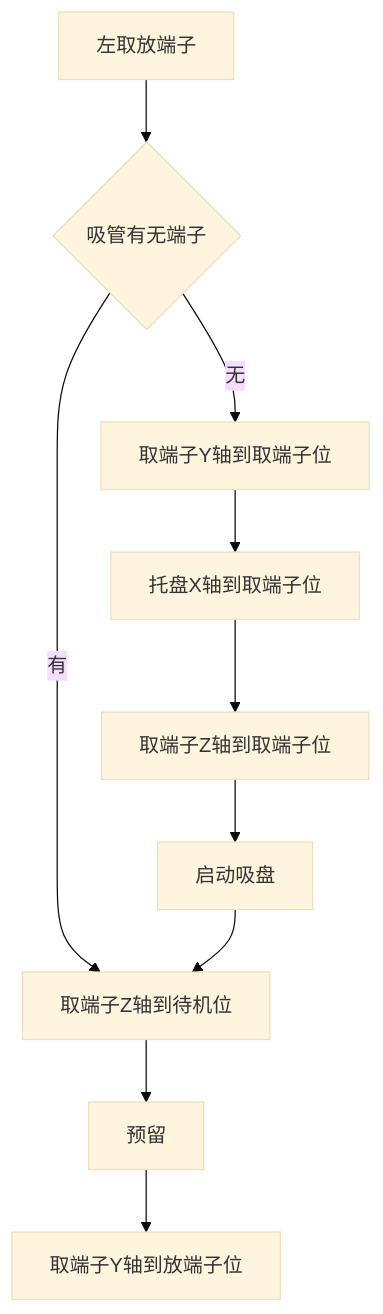
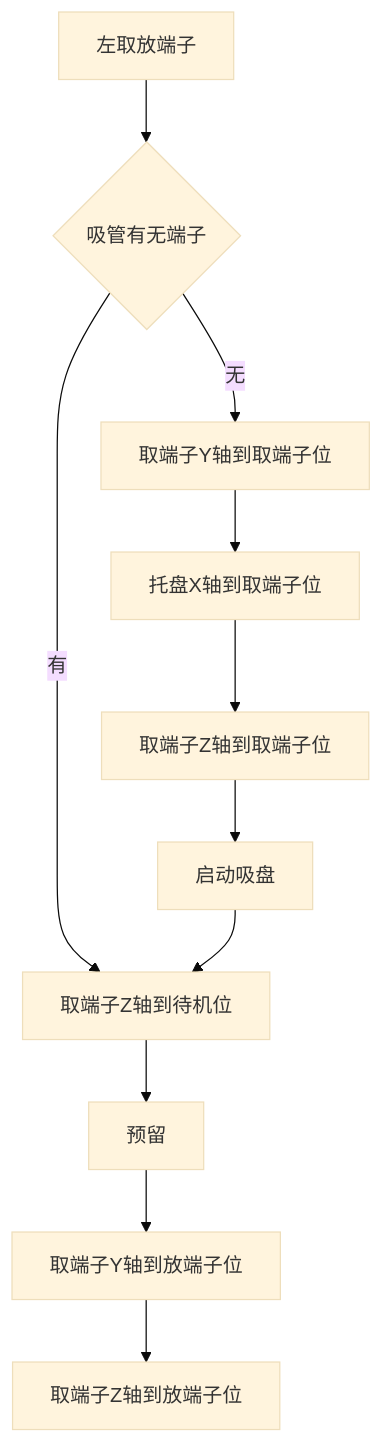
Before and after one commit to zmq000/iodraw-files: the diagram in all/VR-OP90左取放端子.md, drawn with Mermaid (base theme).

Commit message:
2026-06-18 10:36:27 update

````diff
--- a/all/VR-OP90左取放端子.md
+++ b/all/VR-OP90左取放端子.md
@@ -1,13 +1,14 @@
 ```mermaid
 graph TD
 0[左取放端子]-->10
 10{吸管有无端子}-->|有|60
 10-->|无|20
 20[取端子Y轴到取端子位]-->30
 30[托盘X轴到取端子位]-->40
 40[取端子Z轴到取端子位]-->50
 50[启动吸盘]-->60
 60[取端子Z轴到待机位]-->70
 70[预留]-->80
-80[取端子Y轴到放端子位]
+80[取端子Y轴到放端子位]-->90
+90[取端子Z轴到放端子位]
 ```
````
